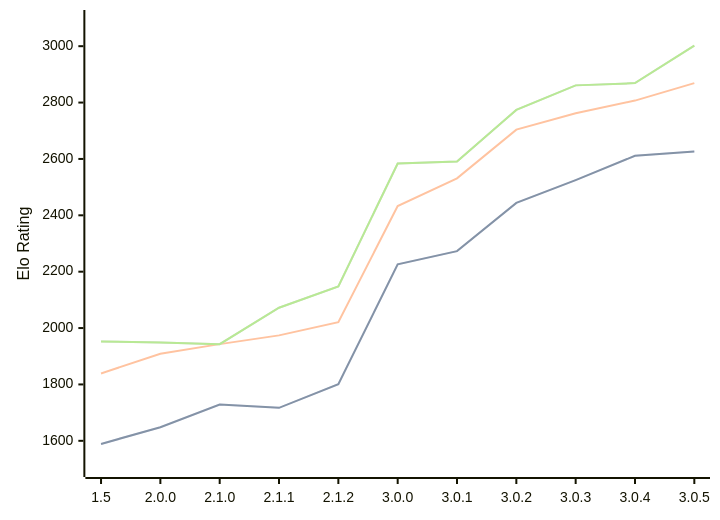
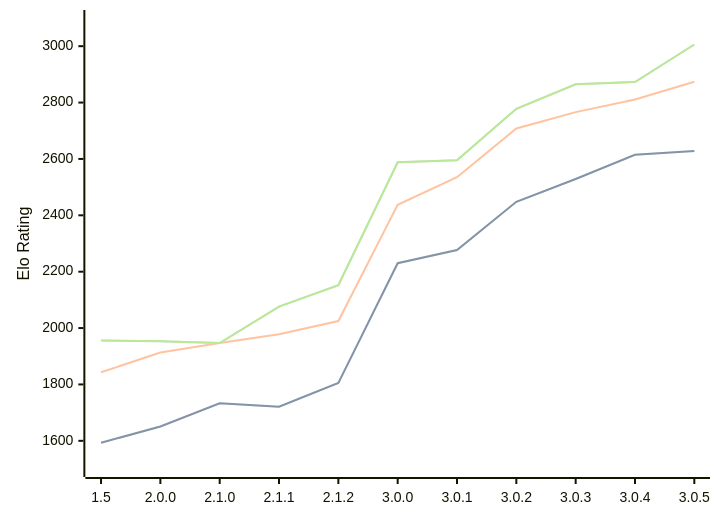
Before and after one commit to computer-chess-index/cci: the diagram in engines/Rudim.md, drawn with Mermaid. The commit also changed other lines of this file, not shown here.

Commit message:
Update CCI Ratings (ELO VLTC) - 2026-08-18

````diff
--- a/engines/Rudim.md
+++ b/engines/Rudim.md
@@ -45,11 +45,11 @@
 ```mermaid
 %%{init: {"theme":"base","themeVariables":{"seriesColors:['#a3a3a3','#222221','#faa371']}}}%%
 xychart-beta
   x-axis ["1.5", "2.0.0", "2.1.0", "2.1.1", "2.1.2", "3.0.0", "3.0.1", "3.0.2", "3.0.3", "3.0.4", "3.0.5"]
   y-axis "Elo Rating" 1500 --> 3100
-  line "STC (8.0+0.08s)" [1589, 1648, 1729, 1717, 1801, 2226, 2273, 2444, 2525, 2611, 2626]
-  line "STC (8.0+0.08s)" [1589, 1648, 1729, 1717, 1801, 2226, 2273, 2444, 2525, 2611, 2626]
-  line "LTC (60.0+0.60s)" [1839, 1909, 1943, 1974, 2021, 2433, 2531, 2704, 2762, 2807, 2869]
-  line "VLTC (2m24s+1.12s)" [1952, 1949, 1943, 2072, 2148, 2584, 2591, 2774, 2861, 2869, 3002]
-  line "VLTC (2m24s+1.12s)" [1952, 1949, 1943, 2072, 2148, 2584, 2591, 2774, 2861, 2869, 3002]
+  line "STC (8.0+0.08s)" [1593, 1651, 1733, 1721, 1805, 2230, 2277, 2448, 2529, 2615, 2628]
+  line "STC (8.0+0.08s)" [1593, 1651, 1733, 1721, 1805, 2230, 2277, 2448, 2529, 2615, 2628]
+  line "LTC (60.0+0.60s)" [1843, 1913, 1947, 1978, 2025, 2437, 2535, 2708, 2766, 2811, 2874]
+  line "VLTC (2m24s+1.12s)" [1956, 1953, 1947, 2076, 2152, 2588, 2595, 2778, 2865, 2873, 3006]
+  line "VLTC (2m24s+1.12s)" [1956, 1953, 1947, 2076, 2152, 2588, 2595, 2778, 2865, 2873, 3006]
 ```
````
